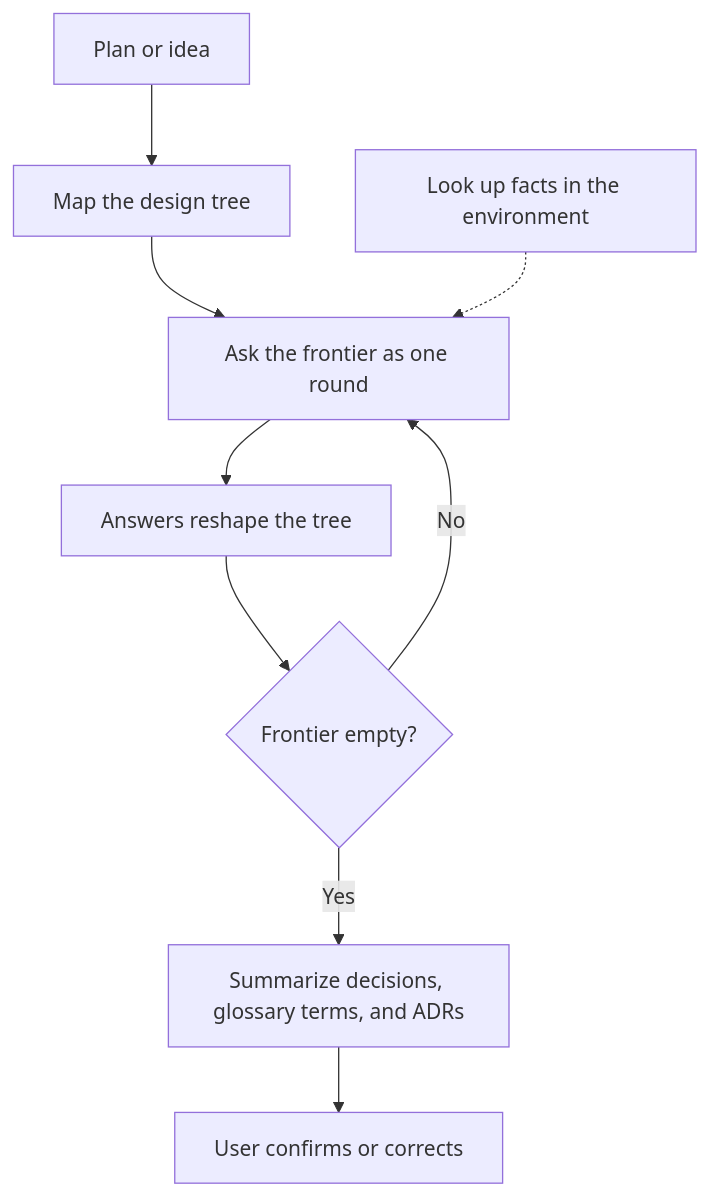
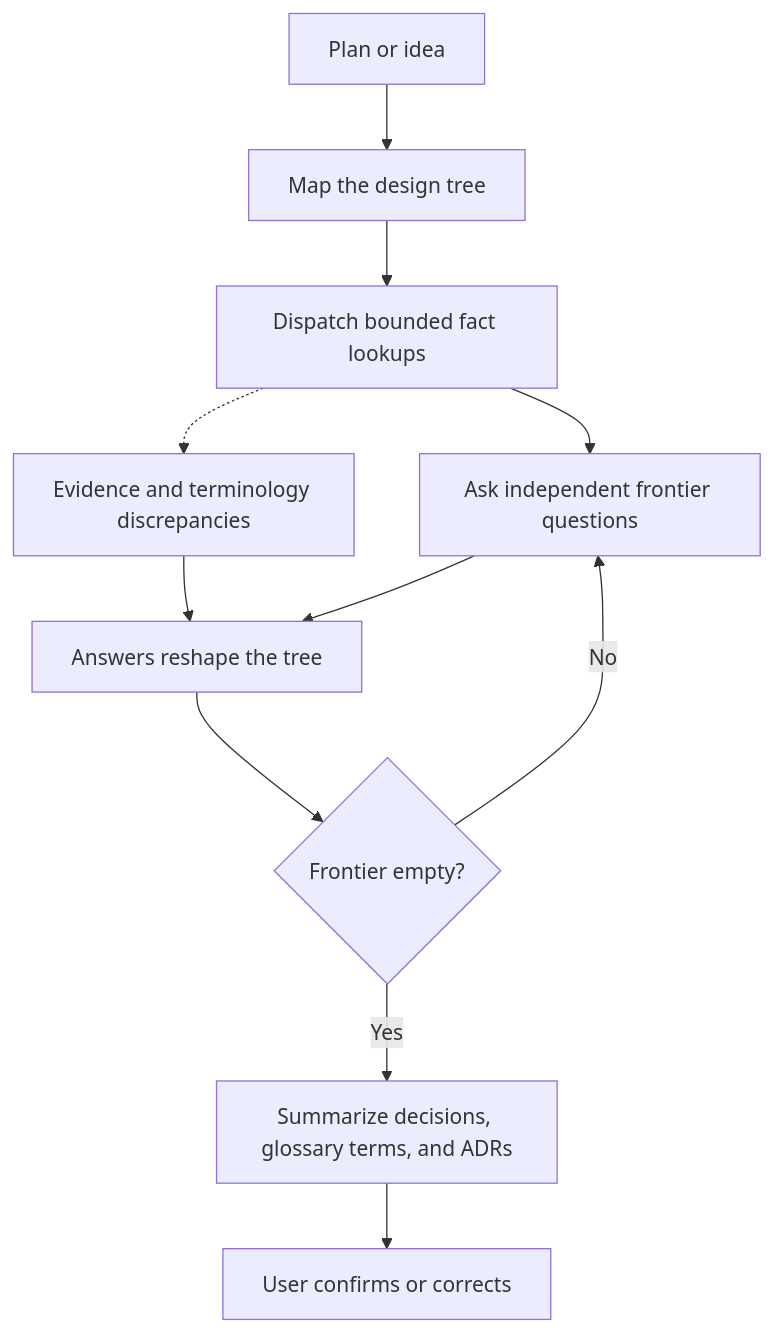
Before and after one commit to adeonir/agent-skills: the diagram in skills/productivity/grill-me/README.md, drawn with Mermaid. The commit also changed other lines of this file and 1 other file, not shown here.

Commit message:
feat(grill-me): delegate fact and terminology lookups

````diff
--- a/skills/productivity/grill-me/README.md
+++ b/skills/productivity/grill-me/README.md
@@ -7,11 +7,13 @@
 ```mermaid
 flowchart TD
     P[Plan or idea] --> T[Map the design tree]
-    T --> Q[Ask the frontier as one round]
-    L[Look up facts in the environment] -.-> Q
+    T --> L[Dispatch bounded fact lookups]
+    L --> Q[Ask independent frontier questions]
+    L -.-> F[Evidence and terminology discrepancies]
+    F --> A
     Q --> A[Answers reshape the tree]
     A --> E{Frontier empty?}
     E -->|No| Q
     E -->|Yes| S[Summarize decisions, glossary terms, and ADRs]
     S --> C[User confirms or corrects]
 ```
````
